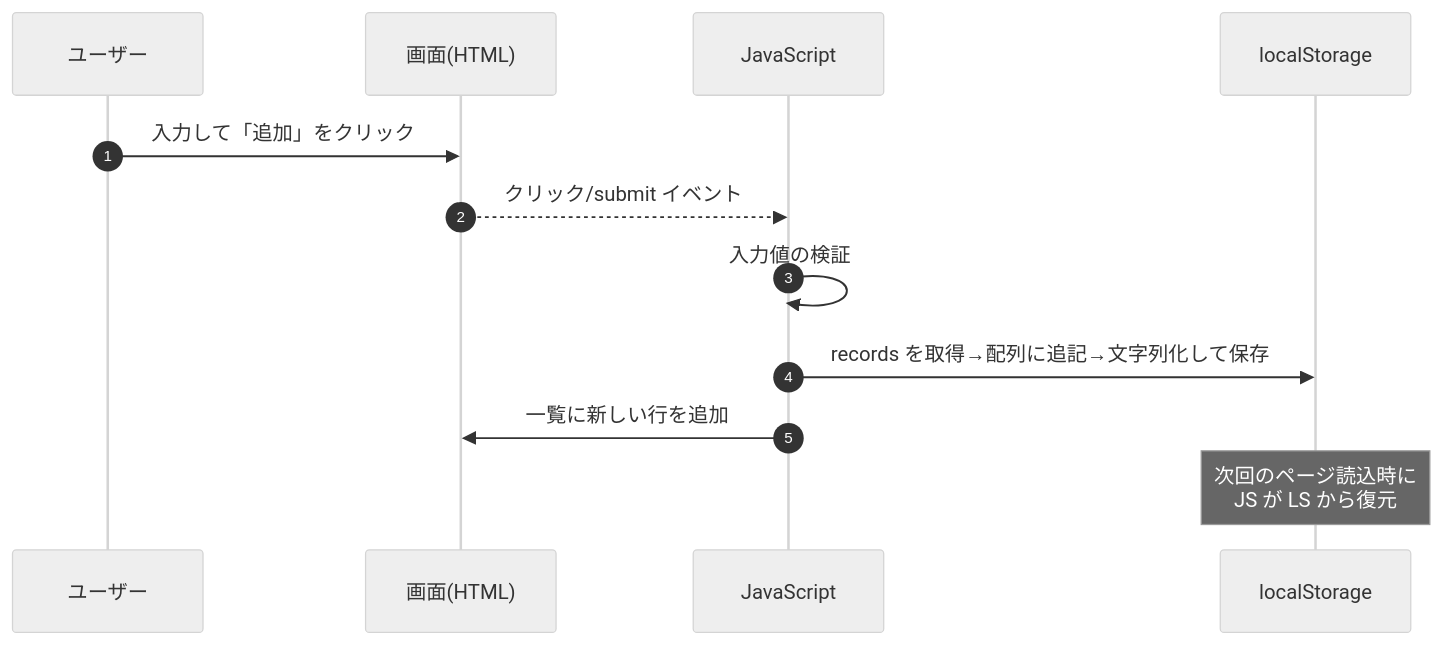
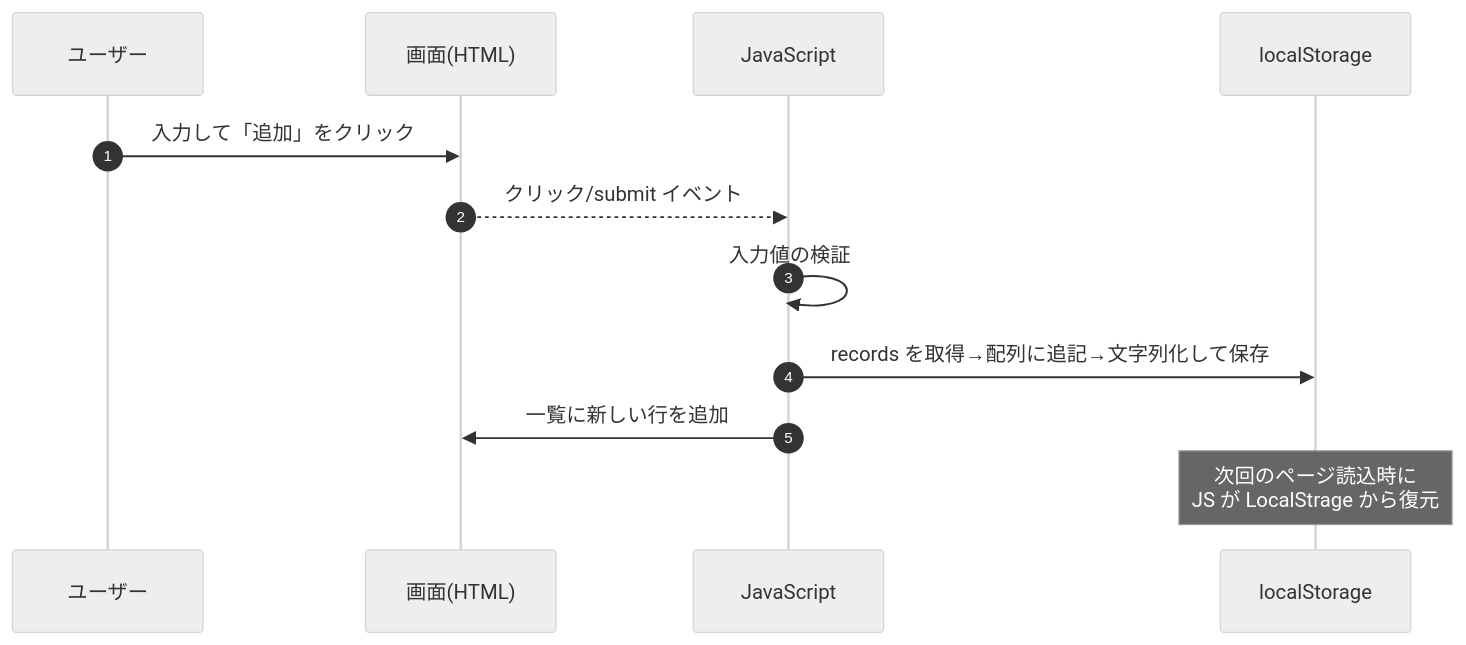
The second of 3 diagrams in D01.md (komiyamma/site_ichika_exercise_tracker), drawn with Mermaid (neutral theme) before and after one commit.

Commit message:
fix: localStorageの表記を修正 D01.mdの「LocalStrage」を「localStorage」に修正しました。

`````diff
--- a/D01.md
+++ b/D01.md
@@ -82,15 +82,15 @@
 ````mermaid
 
 sequenceDiagram
   autonumber
   participant U as ユーザー
   participant DOM as 画面(HTML)
   participant JS as JavaScript
   participant LS as localStorage
   U->>DOM: 入力して「追加」をクリック
   DOM-->>JS: クリック/submit イベント
   JS->>JS: 入力値の検証
   JS->>LS: records を取得→配列に追記→文字列化して保存
   JS->>DOM: 一覧に新しい行を追加
-  Note over LS: 次回のページ読込時に<br/>JS が LS から復元
+  Note over LS: 次回のページ読込時に<br/>JS が LocalStrage から復元
 ````
`````
